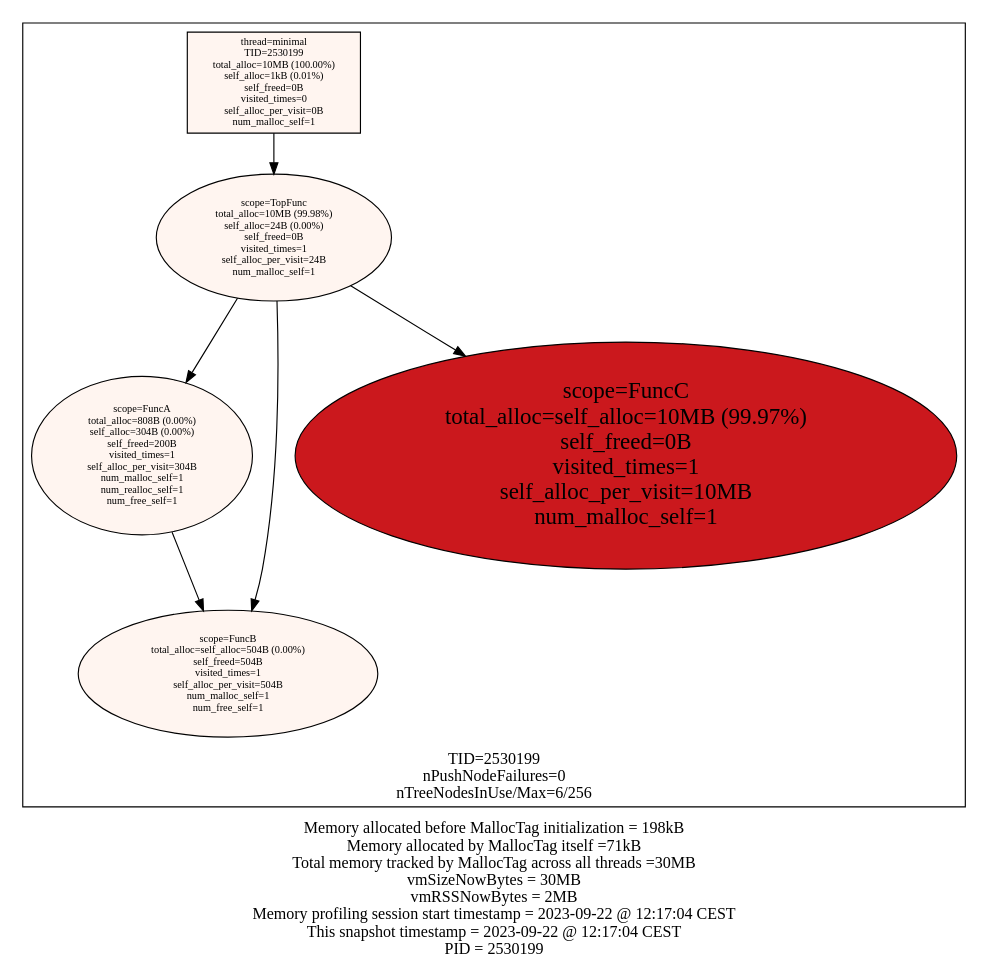
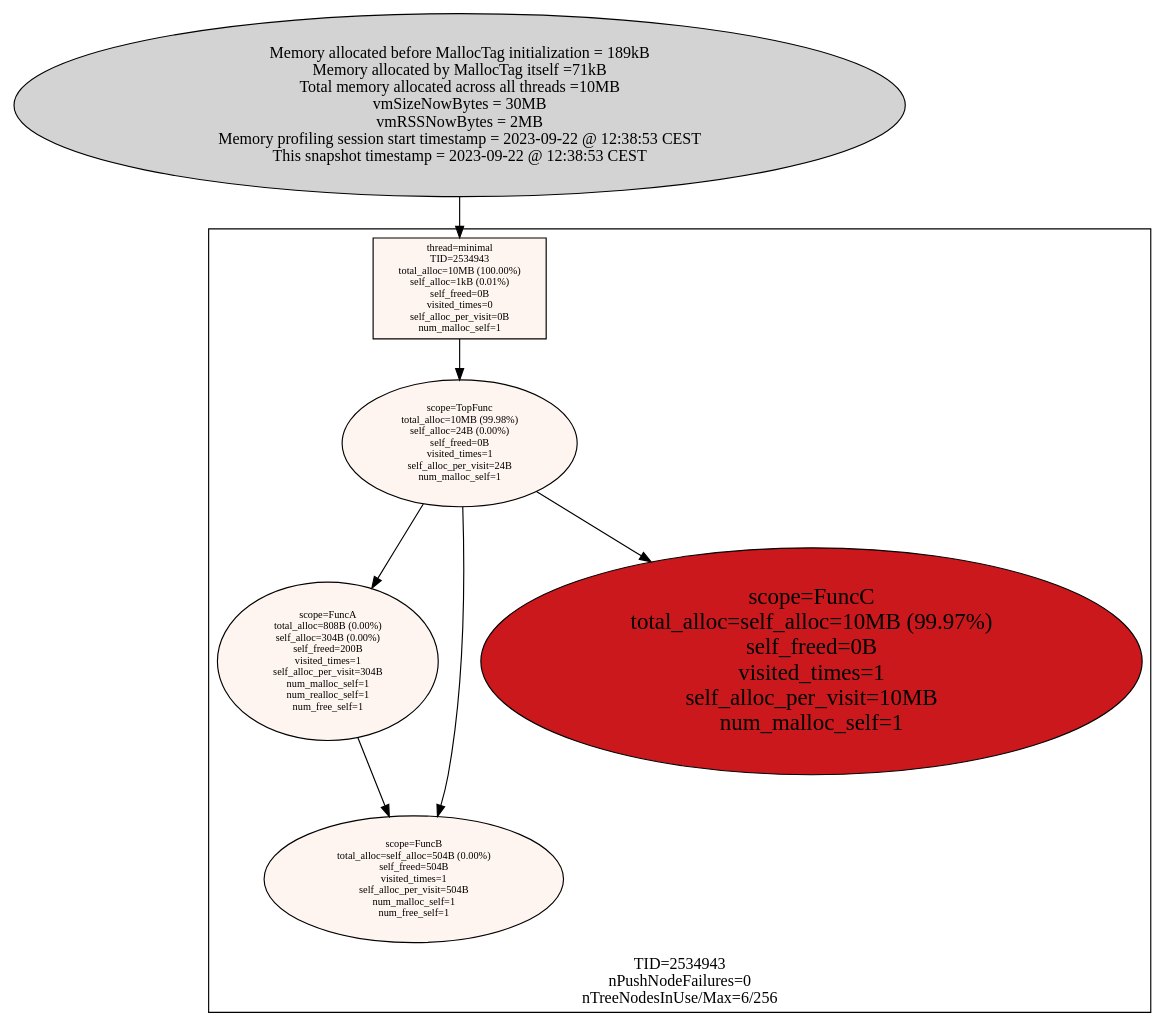
One commit to f18m/malloc-tag changed the diagram in examples/minimal/minimal_stats.dot. Above: the diagram before and after it, drawn with Graphviz. The commit also changed 10 other files, not shown here.

Commit message:
create a single big node in graphviz output for whole process-stats

```diff
--- a/examples/minimal/minimal_stats.dot
+++ b/examples/minimal/minimal_stats.dot
@@ -1,22 +1,29 @@
-digraph MallocTree {
+digraph AllMallocTrees {
  node [colorscheme=reds9 style=filled]
- subgraph cluster_TID2530199 {
+  "Process 2534943" [label="Memory allocated before MallocTag initialization = 189kB\nMemory allocated by MallocTag itself =71kB\nTotal memory allocated across all threads =10MB\nvmSizeNowBytes = 30MB\nvmRSSNowBytes = 2MB\nMemory profiling session start timestamp = 2023-09-22 @ 12:38:53 CEST\nThis snapshot timestamp = 2023-09-22 @ 12:38:53 CEST\n"
+]
+ subgraph cluster_TID2534943 {
   node [colorscheme=reds9 style=filled]
   labelloc="b"
-  label="TID=2530199\nnPushNodeFailures=0\nnTreeNodesInUse/Max=6/256\n"
-  "2530199_minimal" [label="thread=minimal\nTID=2530199\ntotal_alloc=10MB (100.00%)\nself_alloc=1kB (0.01%)\nself_freed=0B\nvisited_times=0\nself_alloc_per_visit=0B\nnum_malloc_self=1" shape=box fillcolor=1 fontsize=9]
-  "2530199_minimal" -> "2530199_TopFunc"
-  "2530199_TopFunc" [label="scope=TopFunc\ntotal_alloc=10MB (99.98%)\nself_alloc=24B (0.00%)\nself_freed=0B\nvisited_times=1\nself_alloc_per_visit=24B\nnum_malloc_self=1" fillcolor=1 fontsize=9]
-  "2530199_TopFunc" -> "2530199_FuncA"
-  "2530199_TopFunc" -> "2530199_FuncB"
-  "2530199_TopFunc" -> "2530199_FuncC"
-  "2530199_FuncA" [label="scope=FuncA\ntotal_alloc=808B (0.00%)\nself_alloc=304B (0.00%)\nself_freed=200B\nvisited_times=1\nself_alloc_per_visit=304B\nnum_malloc_self=1\nnum_realloc_self=1\nnum_free_self=1" fillcolor=1 fontsize=9]
-  "2530199_FuncA" -> "2530199_FuncB"
-  "2530199_FuncB" [label="scope=FuncB\ntotal_alloc=self_alloc=504B (0.00%)\nself_freed=504B\nvisited_times=1\nself_alloc_per_visit=504B\nnum_malloc_self=1\nnum_free_self=1" fillcolor=1 fontsize=9]
-  "2530199_FuncB" [label="scope=FuncB\ntotal_alloc=self_alloc=504B (0.00%)\nself_freed=504B\nvisited_times=1\nself_alloc_per_visit=504B\nnum_malloc_self=1\nnum_free_self=1" fillcolor=1 fontsize=9]
-  "2530199_FuncC" [label="scope=FuncC\ntotal_alloc=self_alloc=10MB (99.97%)\nself_freed=0B\nvisited_times=1\nself_alloc_per_visit=10MB\nnum_malloc_self=1" fillcolor=7 fontsize=20]
+  label="TID=2534943\nnPushNodeFailures=0\nnTreeNodesInUse/Max=6/256\n"
+  "2534943_minimal" [label="thread=minimal\nTID=2534943\ntotal_alloc=10MB (100.00%)\nself_alloc=1kB (0.01%)\nself_freed=0B\nvisited_times=0\nself_alloc_per_visit=0B\nnum_malloc_self=1\n"
+ shape=box fillcolor=1 fontsize=9]
+  "2534943_minimal" -> "2534943_TopFunc"
+  "2534943_TopFunc" [label="scope=TopFunc\ntotal_alloc=10MB (99.98%)\nself_alloc=24B (0.00%)\nself_freed=0B\nvisited_times=1\nself_alloc_per_visit=24B\nnum_malloc_self=1\n"
+ fillcolor=1 fontsize=9]
+  "2534943_TopFunc" -> "2534943_FuncA"
+  "2534943_TopFunc" -> "2534943_FuncB"
+  "2534943_TopFunc" -> "2534943_FuncC"
+  "2534943_FuncA" [label="scope=FuncA\ntotal_alloc=808B (0.00%)\nself_alloc=304B (0.00%)\nself_freed=200B\nvisited_times=1\nself_alloc_per_visit=304B\nnum_malloc_self=1\nnum_realloc_self=1\nnum_free_self=1\n"
+ fillcolor=1 fontsize=9]
+  "2534943_FuncA" -> "2534943_FuncB"
+  "2534943_FuncB" [label="scope=FuncB\ntotal_alloc=self_alloc=504B (0.00%)\nself_freed=504B\nvisited_times=1\nself_alloc_per_visit=504B\nnum_malloc_self=1\nnum_free_self=1\n"
+ fillcolor=1 fontsize=9]
+  "2534943_FuncB" [label="scope=FuncB\ntotal_alloc=self_alloc=504B (0.00%)\nself_freed=504B\nvisited_times=1\nself_alloc_per_visit=504B\nnum_malloc_self=1\nnum_free_self=1\n"
+ fillcolor=1 fontsize=9]
+  "2534943_FuncC" [label="scope=FuncC\ntotal_alloc=self_alloc=10MB (99.97%)\nself_freed=0B\nvisited_times=1\nself_alloc_per_visit=10MB\nnum_malloc_self=1\n"
+ fillcolor=7 fontsize=20]
  }
 
- labelloc="b"
- label="Memory allocated before MallocTag initialization = 198kB\nMemory allocated by MallocTag itself =71kB\nTotal memory tracked by MallocTag across all threads =30MB\nvmSizeNowBytes = 30MB\nvmRSSNowBytes = 2MB\nMemory profiling session start timestamp = 2023-09-22 @ 12:17:04 CEST\nThis snapshot timestamp = 2023-09-22 @ 12:17:04 CEST\nPID = 2530199\n"
+  "Process 2534943" -> "2534943_minimal"
 }
```
